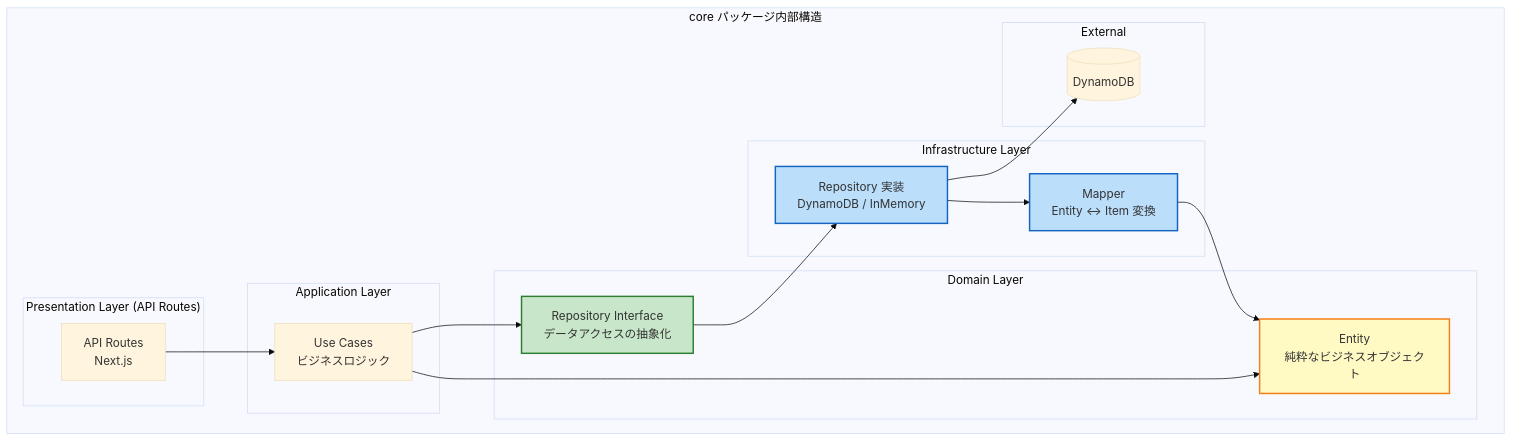
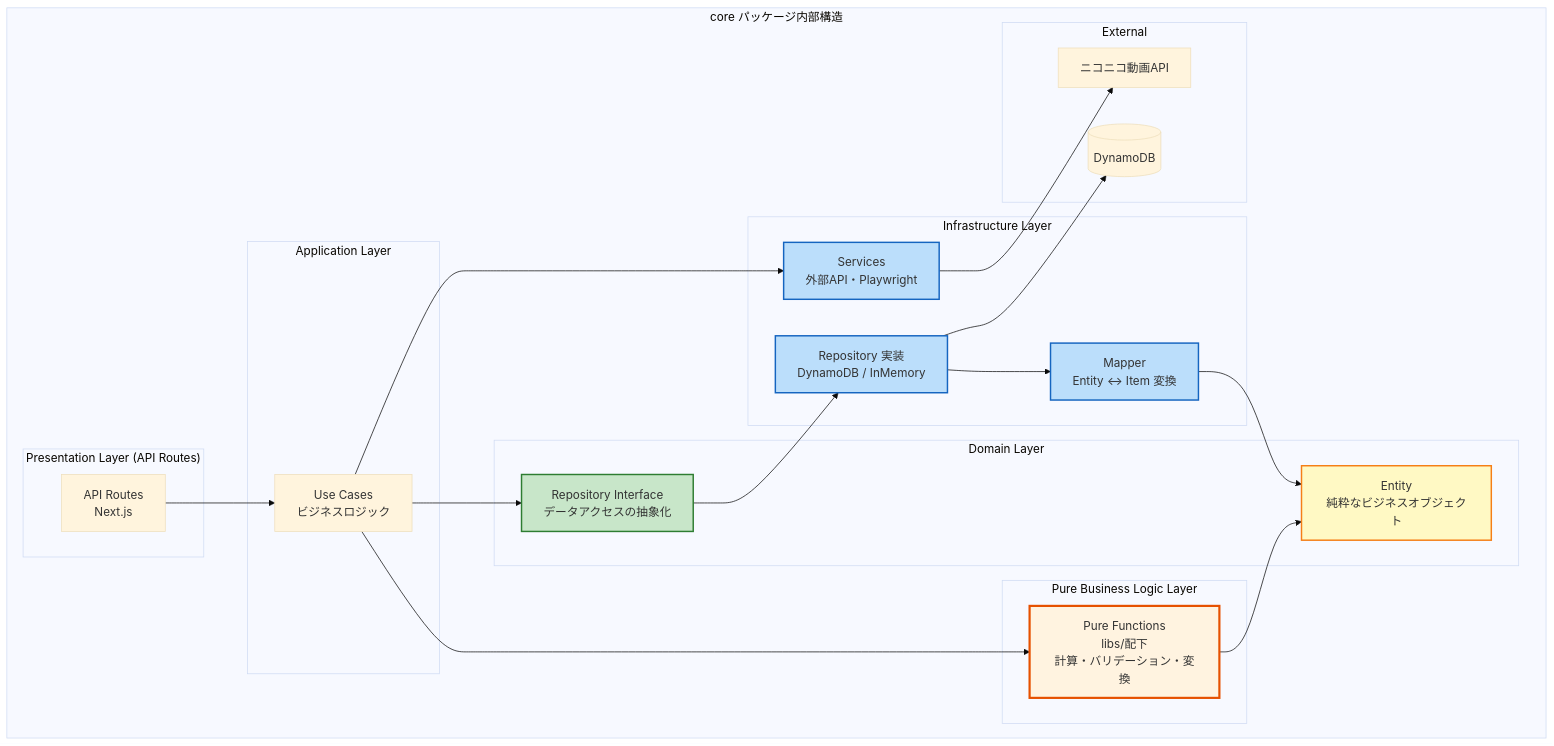
One commit to nagiyu/nagiyu-platform changed the fifth of 8 diagrams in tasks/niconico-mylist-assistant/architecture.md. Above: the diagram before and after it, drawn with Mermaid (base theme). The commit also changed other lines of this file and 1 other file, not shown here.

Commit message:
Refine testing documentation to emphasize Pure Business Logic Functions pattern and clarify testing strategies for core, services, and data access layers.

````diff
--- a/tasks/niconico-mylist-assistant/architecture.md
+++ b/tasks/niconico-mylist-assistant/architecture.md
@@ -307,39 +343,50 @@
 ```mermaid
 graph TB
     subgraph "core パッケージ内部構造"
         subgraph "Presentation Layer (API Routes)"
             API[API Routes<br/>Next.js]
         end
 
         subgraph "Application Layer"
             UseCase[Use Cases<br/>ビジネスロジック]
         end
 
+        subgraph "Pure Business Logic Layer"
+            PureFunctions[Pure Functions<br/>libs/配下<br/>計算・バリデーション・変換]
+        end
+
         subgraph "Domain Layer"
             Entity[Entity<br/>純粋なビジネスオブジェクト]
             RepoIF[Repository Interface<br/>データアクセスの抽象化]
         end
 
         subgraph "Infrastructure Layer"
             Mapper[Mapper<br/>Entity ↔ Item 変換]
             RepoImpl[Repository 実装<br/>DynamoDB / InMemory]
+            Services[Services<br/>外部API・Playwright]
         end
 
         subgraph "External"
             DDB[(DynamoDB)]
+            NicoAPI[ニコニコ動画API]
         end
     end
 
     API --> UseCase
-    UseCase --> Entity
+    UseCase --> PureFunctions
     UseCase --> RepoIF
+    UseCase --> Services
+    PureFunctions --> Entity
     RepoIF --> RepoImpl
     RepoImpl --> Mapper
     RepoImpl --> DDB
     Mapper --> Entity
+    Services --> NicoAPI
 
+    style PureFunctions fill:#fff3e0,stroke:#e65100,stroke-width:3px
     style Entity fill:#fff9c4,stroke:#f57f17,stroke-width:2px
     style RepoIF fill:#c8e6c9,stroke:#2e7d32,stroke-width:2px
     style Mapper fill:#bbdefb,stroke:#1565c0,stroke-width:2px
     style RepoImpl fill:#bbdefb,stroke:#1565c0,stroke-width:2px
+    style Services fill:#bbdefb,stroke:#1565c0,stroke-width:2px
 ```
````
